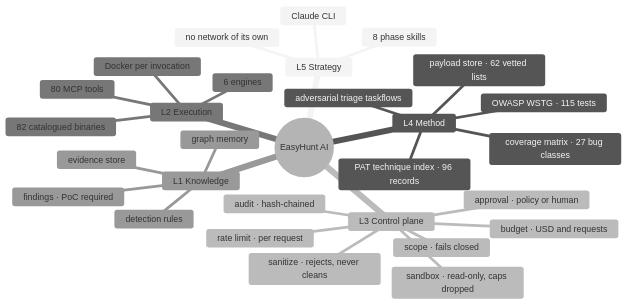
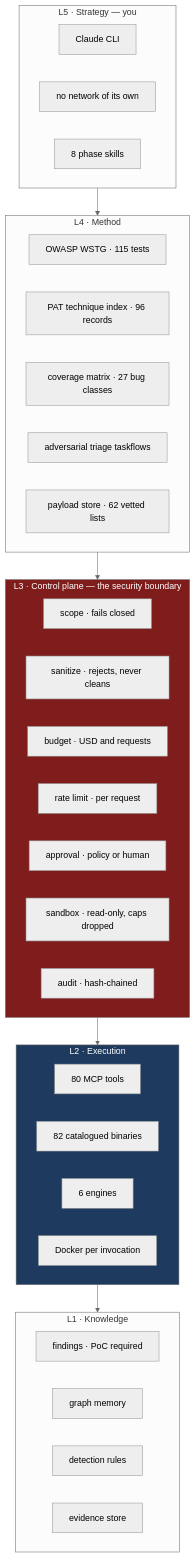
Before and after one commit to iamsecure1920/Cordon-AI: the second of 5 diagrams in README.md, drawn with Mermaid (neutral theme).

Commit message:
GitHub cannot render a mindmap, so the architecture drew nothing
"The whole system in one picture" used mermaid's mindmap type. Mindmap is
experimental and absent from GitHub's mermaid build, which fails with
"Cannot read properties of undefined (reading 'render')" — the diagram meant
to explain the whole system was the one diagram that showed nothing.

Redrawn as flowchart TB with one subgraph per layer, L5 down to L1, keeping
every original label. Flowchart is the type the other four blocks in this
README already render, so it is the vocabulary GitHub is known to accept here.
The control plane and execution layers are filled, since which layer is the
security boundary is the point of the picture.

All five blocks now render under mermaid-cli 11 against the system chrome;
this one produces a 28 KB SVG rather than a parse error.

````diff
--- a/README.md
+++ b/README.md
@@ -119,32 +119,48 @@
 ```mermaid
-mindmap
-  root((EasyHunt AI))
-    L5 Strategy
-      Claude CLI
-      no network of its own
-      8 phase skills
-    L4 Method
-      OWASP WSTG · 115 tests
-      PAT technique index · 96 records
-      coverage matrix · 27 bug classes
-      adversarial triage taskflows
-      payload store · 62 vetted lists
-    L3 Control plane
-      scope · fails closed
-      sanitize · rejects, never cleans
-      budget · USD and requests
-      rate limit · per request
-      approval · policy or human
-      sandbox · read-only, caps dropped
-      audit · hash-chained
-    L2 Execution
-      80 MCP tools
-      82 catalogued binaries
-      6 engines
-      Docker per invocation
-    L1 Knowledge
-      findings · PoC required
-      graph memory
-      detection rules
-      evidence store
+flowchart TB
+    subgraph L5["L5 · Strategy — you"]
+        S1["Claude CLI"]
+        S2["no network of its own"]
+        S3["8 phase skills"]
+    end
+
+    subgraph L4["L4 · Method"]
+        M1["OWASP WSTG · 115 tests"]
+        M2["PAT technique index · 96 records"]
+        M3["coverage matrix · 27 bug classes"]
+        M4["adversarial triage taskflows"]
+        M5["payload store · 62 vetted lists"]
+    end
+
+    subgraph L3["L3 · Control plane — the security boundary"]
+        C1["scope · fails closed"]
+        C2["sanitize · rejects, never cleans"]
+        C3["budget · USD and requests"]
+        C4["rate limit · per request"]
+        C5["approval · policy or human"]
+        C6["sandbox · read-only, caps dropped"]
+        C7["audit · hash-chained"]
+    end
+
+    subgraph L2["L2 · Execution"]
+        E1["80 MCP tools"]
+        E2["82 catalogued binaries"]
+        E3["6 engines"]
+        E4["Docker per invocation"]
+    end
+
+    subgraph L1["L1 · Knowledge"]
+        K1["findings · PoC required"]
+        K2["graph memory"]
+        K3["detection rules"]
+        K4["evidence store"]
+    end
+
+    L5 --> L4
+    L4 --> L3
+    L3 --> L2
+    L2 --> L1
+
+    style L3 fill:#7f1d1d,color:#fff
+    style L2 fill:#1e3a5f,color:#fff
 ```
````
